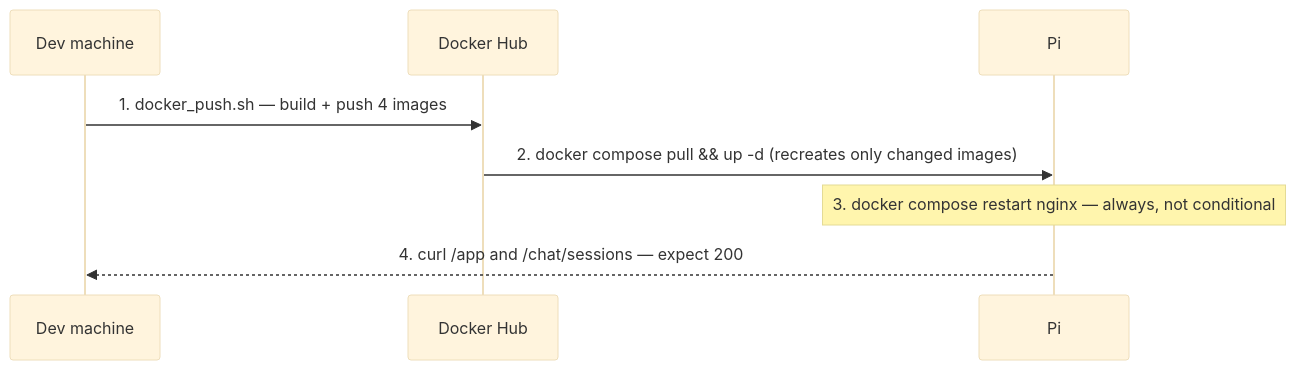
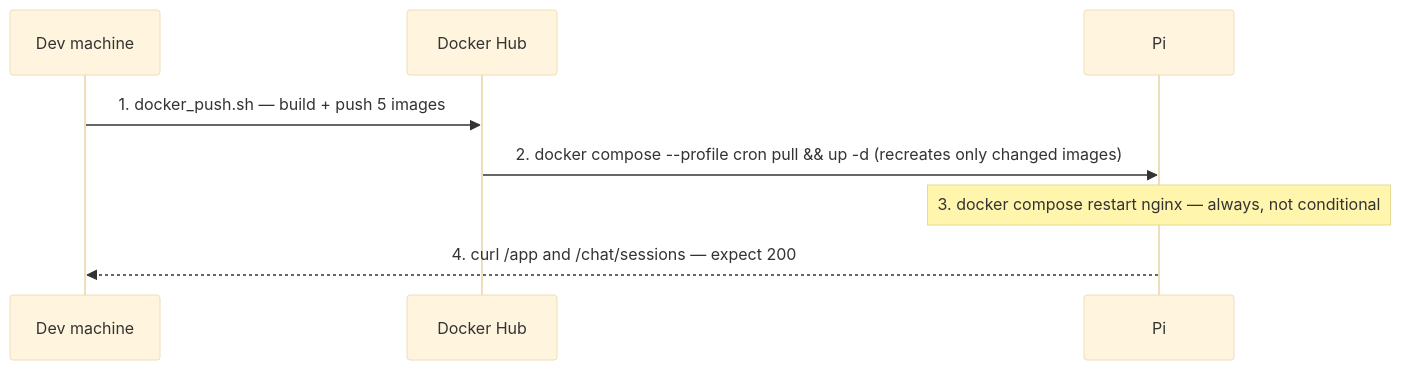
Before and after one commit to himanshusingh335/budget_tracker_api: the second of 5 diagrams in README.md, drawn with Mermaid (base theme). The commit also changed other lines of this file and 1 other file, not shown here.

Commit message:
docs: document email-ingest architecture in README and add email-transactions to Postman collection

````diff
--- a/README.md
+++ b/README.md
@@ -106,11 +116,11 @@
 ```mermaid
 sequenceDiagram
     participant Dev as Dev machine
     participant Hub as Docker Hub
     participant Pi as Pi
 
-    Dev->>Hub: 1. docker_push.sh — build + push 4 images
-    Hub->>Pi: 2. docker compose pull && up -d (recreates only changed images)
+    Dev->>Hub: 1. docker_push.sh — build + push 5 images
+    Hub->>Pi: 2. docker compose --profile cron pull && up -d (recreates only changed images)
     Note over Pi: 3. docker compose restart nginx — always, not conditional
     Pi-->>Dev: 4. curl /app and /chat/sessions — expect 200
 ```
````
